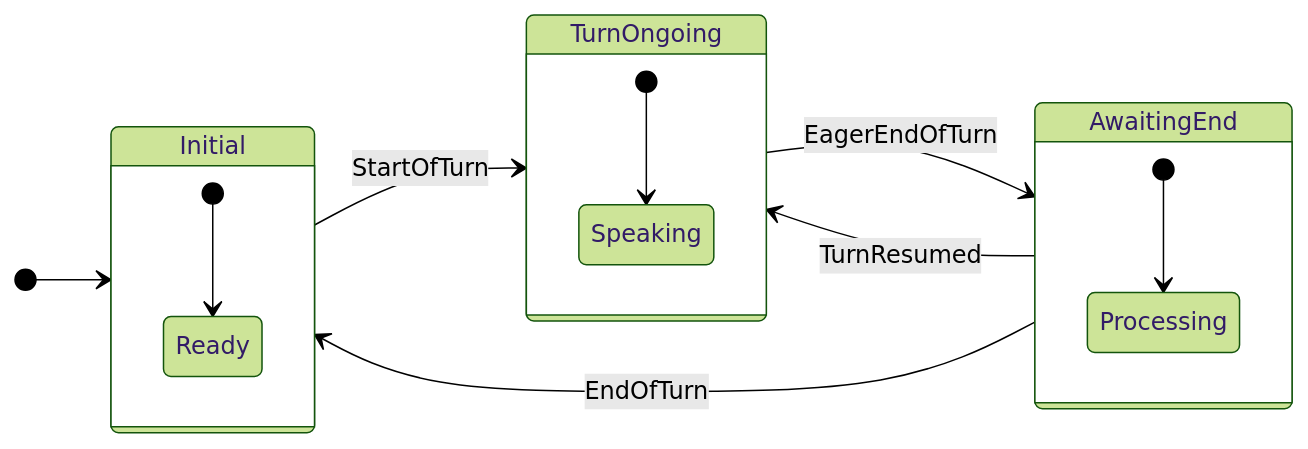
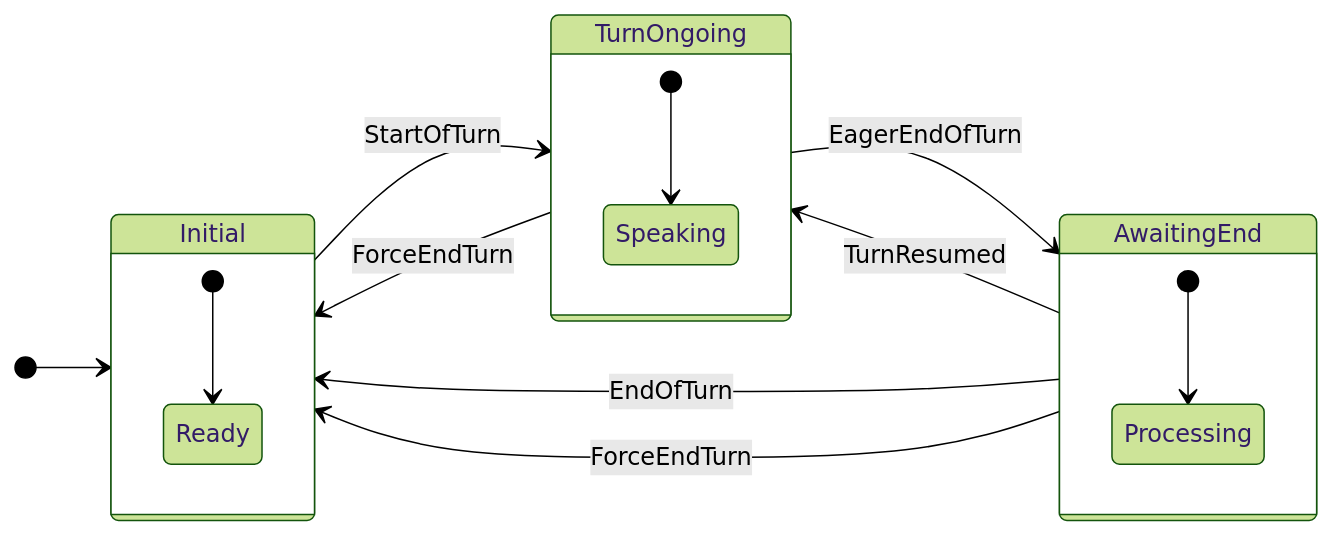
Before and after one commit to Eyre921/ofiicial-developer-docs: the diagram in voice-multimodal/deepgram/pages/docs/flux/state.md, drawn with Mermaid (forest theme). The commit also changed other lines of this file and 374 other files, not shown here.

````diff
--- a/voice-multimodal/deepgram/pages/docs/flux/state.md
+++ b/voice-multimodal/deepgram/pages/docs/flux/state.md
@@ -15,22 +15,24 @@
 ```mermaid
 stateDiagram-v2
   direction LR
 
   [*] --> Initial
   Initial --> TurnOngoing : StartOfTurn
   TurnOngoing --> AwaitingEnd : EagerEndOfTurn
   AwaitingEnd --> TurnOngoing : TurnResumed
   AwaitingEnd --> Initial : EndOfTurn
+  TurnOngoing --> Initial : ForceEndTurn
+  AwaitingEnd --> Initial : ForceEndTurn
 
   state Initial {
     [*] --> Ready
   }
 
   state TurnOngoing {
     [*] --> Speaking
   }
 
   state AwaitingEnd {
     [*] --> Processing
   }
 ```
````
